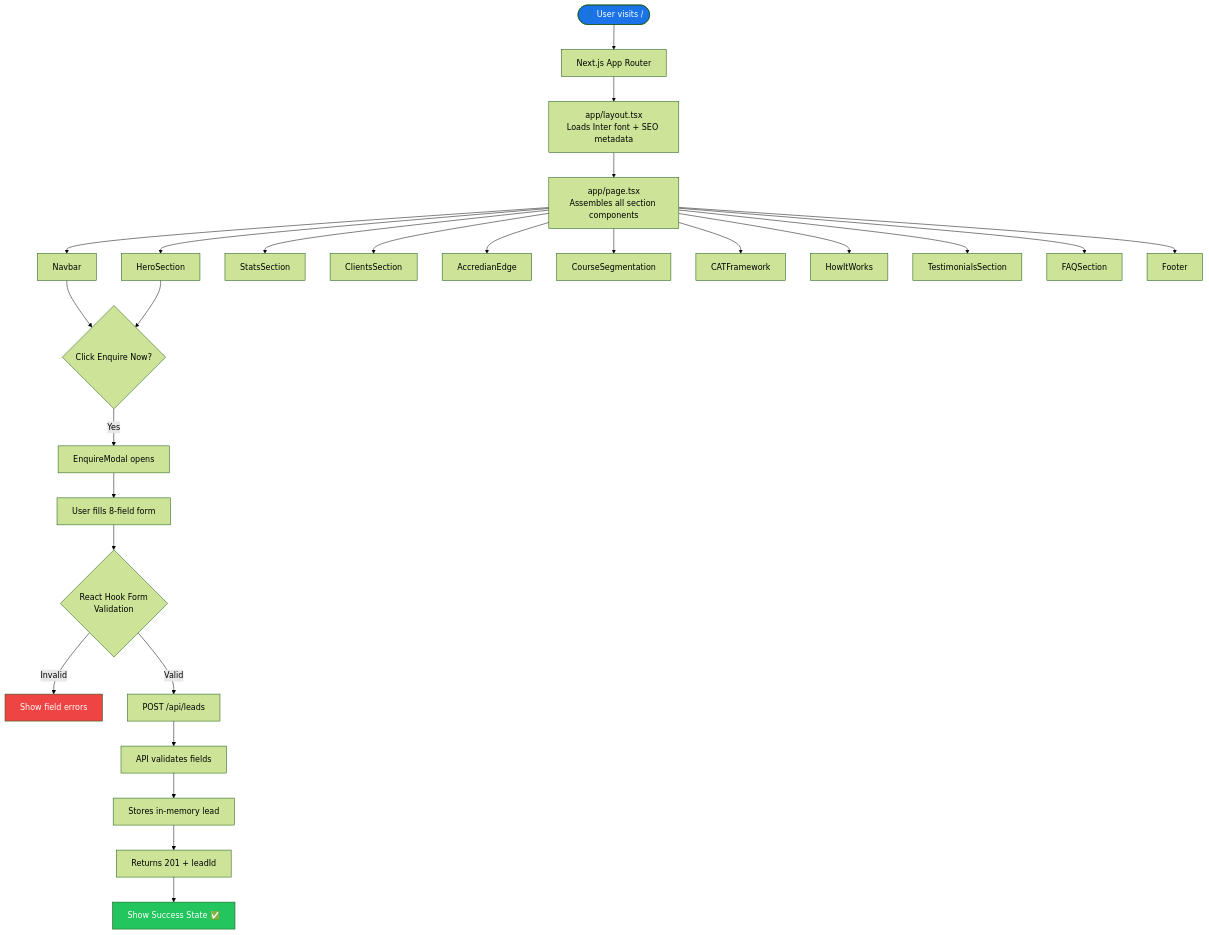
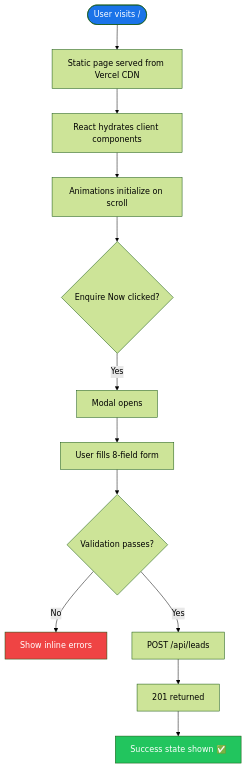
The diagram in README.md (ramalokeshreddyp/accredian-enterprise-next), drawn with Mermaid (forest theme) before and after one commit. The commit also changed other lines of this file and 21 other files, not shown here.

````diff
--- a/README.md
+++ b/README.md
@@ -99,34 +230,19 @@
 ```mermaid
 flowchart TD
-    A([👤 User visits /]) --> B[Next.js App Router]
-    B --> C[app/layout.tsx\nLoads Inter font + SEO metadata]
-    C --> D[app/page.tsx\nAssembles all section components]
+    A([User visits /]) --> B[Static page served from Vercel CDN]
+    B --> C[React hydrates client components]
+    C --> D[Animations initialize on scroll]
 
-    D --> E[Navbar]
-    D --> F[HeroSection]
-    D --> G[StatsSection]
-    D --> H[ClientsSection]
-    D --> I[AccredianEdge]
-    D --> J[CourseSegmentation]
-    D --> K[CATFramework]
-    D --> L[HowItWorks]
-    D --> M[TestimonialsSection]
-    D --> N[FAQSection]
-    D --> O[Footer]
-
-    E --> P{Click Enquire Now?}
-    F --> P
-    P -->|Yes| Q[EnquireModal opens]
-    Q --> R[User fills 8-field form]
-    R --> S{React Hook Form\nValidation}
-    S -->|Invalid| T[Show field errors]
-    S -->|Valid| U[POST /api/leads]
-    U --> V[API validates fields]
-    V --> W[Stores in-memory lead]
-    W --> X[Returns 201 + leadId]
-    X --> Y[Show Success State ✅]
+    D --> E{Enquire Now clicked?}
+    E -->|Yes| F[Modal opens]
+    F --> G[User fills 8-field form]
+    G --> H{Validation passes?}
+    H -->|No| I[Show inline errors]
+    H -->|Yes| J[POST /api/leads]
+    J --> K[201 returned]
+    K --> L[Success state shown ✅]
 
     style A fill:#1A73E8,color:#fff
-    style Y fill:#22c55e,color:#fff
-    style T fill:#ef4444,color:#fff
+    style L fill:#22c55e,color:#fff
+    style I fill:#ef4444,color:#fff
 ```
````
